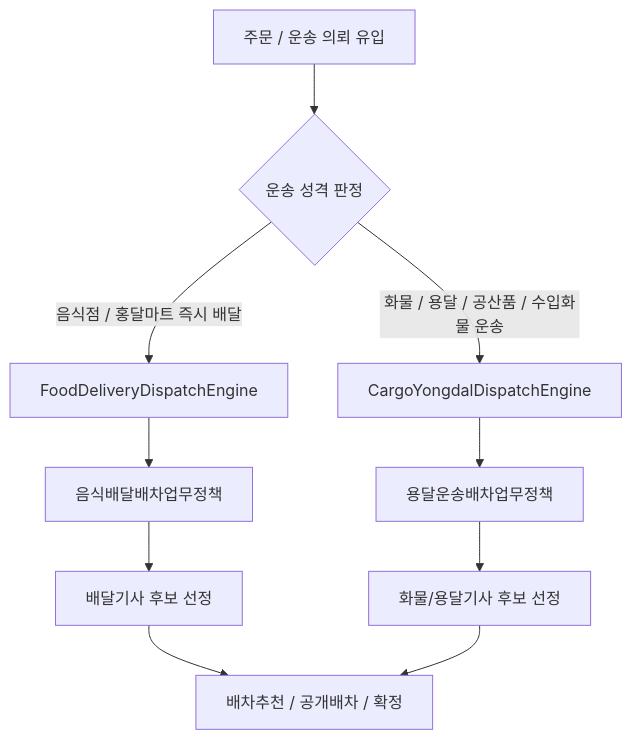
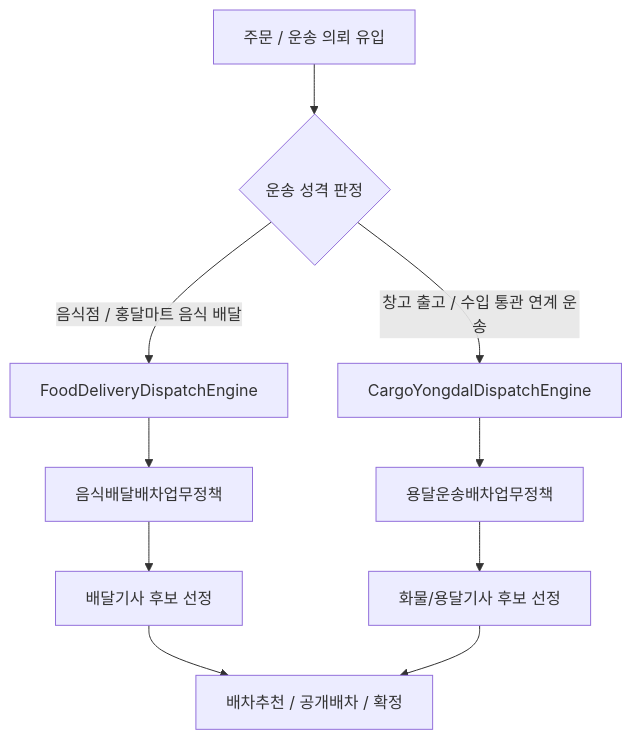
Before and after one commit to cheolwo/hongdal: the first of 3 diagrams in docs/ProjectOverview/dispatch-flows.md, drawn with Mermaid. The commit also changed other lines of this file and 177 other files, not shown here.

````diff
--- a/docs/ProjectOverview/dispatch-flows.md
+++ b/docs/ProjectOverview/dispatch-flows.md
@@ -12,12 +12,12 @@
 ```mermaid
 flowchart TD
     A["주문 / 운송 의뢰 유입"] --> B{"운송 성격 판정"}
-    B -->|음식점 / 홍달마트 즉시 배달| C["FoodDeliveryDispatchEngine"]
-    B -->|화물 / 용달 / 공산품 / 수입화물 운송| D["CargoYongdalDispatchEngine"]
+    B -->|음식점 / 홍달마트 음식 배달| C["FoodDeliveryDispatchEngine"]
+    B -->|창고 출고 / 수입 통관 연계 운송| D["CargoYongdalDispatchEngine"]
     C --> E["음식배달배차업무정책"]
     D --> F["용달운송배차업무정책"]
     E --> G["배달기사 후보 선정"]
     F --> H["화물/용달기사 후보 선정"]
     G --> I["배차추천 / 공개배차 / 확정"]
     H --> I
 ```
````
